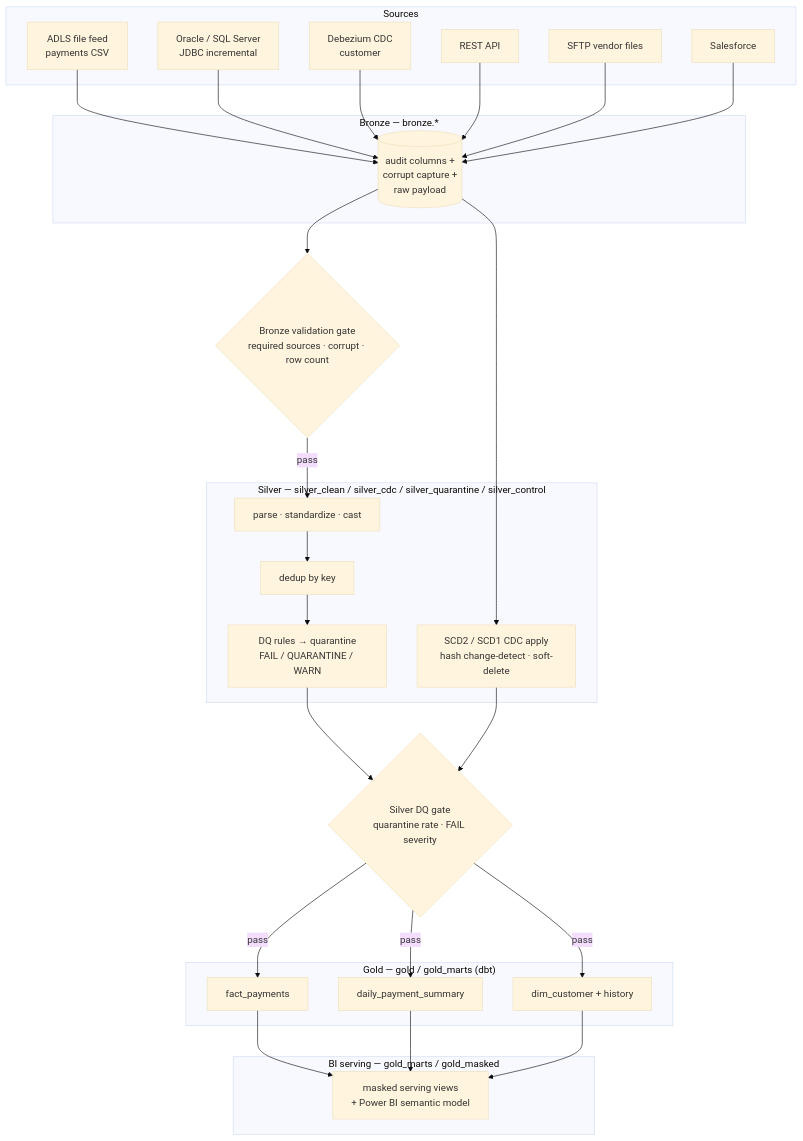
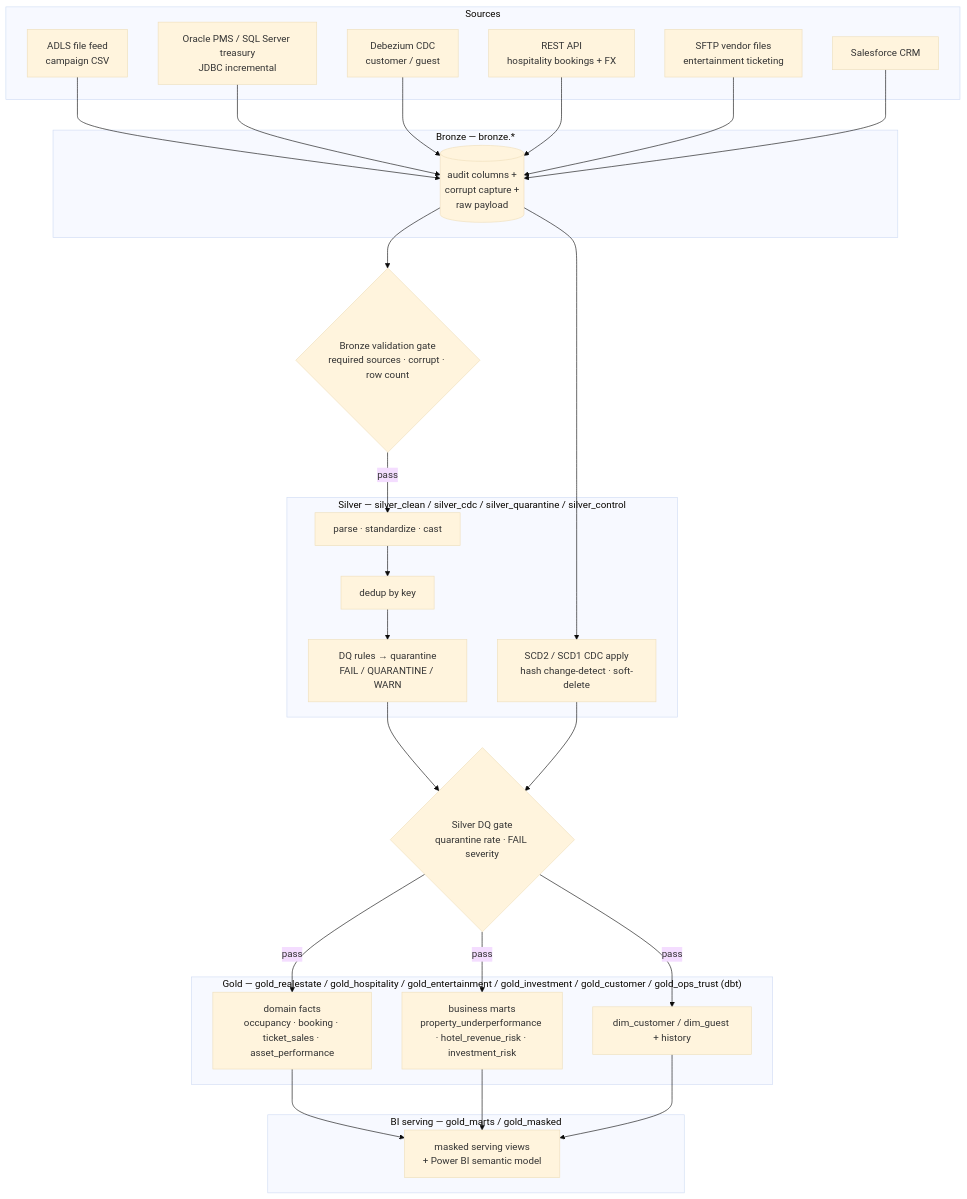
One commit to santnair0599/investsphere-payments changed the first of 5 diagrams in docs/ARCHITECTURE.md. Above: the diagram before and after it, drawn with Mermaid (base theme). The commit also changed other lines of this file and 35 other files, not shown here.

````diff
--- a/docs/ARCHITECTURE.md
+++ b/docs/ARCHITECTURE.md
@@ -20,51 +27,51 @@
 ```mermaid
 flowchart TD
   subgraph Sources
-    F[ADLS file feed<br/>payments CSV]
-    J[Oracle / SQL Server<br/>JDBC incremental]
-    C[Debezium CDC<br/>customer]
-    R[REST API]
-    SP[SFTP vendor files]
-    SF[Salesforce]
+    F[ADLS file feed<br/>campaign CSV]
+    J[Oracle PMS / SQL Server treasury<br/>JDBC incremental]
+    C[Debezium CDC<br/>customer / guest]
+    R[REST API<br/>hospitality bookings + FX]
+    SP[SFTP vendor files<br/>entertainment ticketing]
+    SF[Salesforce CRM]
   end
 
   subgraph Bronze["Bronze — bronze.*"]
     B[(audit columns +<br/>corrupt capture +<br/>raw payload)]
   end
 
   GATE1{Bronze validation gate<br/>required sources · corrupt · row count}
 
   subgraph Silver["Silver — silver_clean / silver_cdc / silver_quarantine / silver_control"]
     SP1[parse · standardize · cast]
     SP2[dedup by key]
     SP3[DQ rules → quarantine<br/>FAIL / QUARANTINE / WARN]
     SP4[SCD2 / SCD1 CDC apply<br/>hash change-detect · soft-delete]
   end
 
   GATE2{Silver DQ gate<br/>quarantine rate · FAIL severity}
 
-  subgraph Gold["Gold — gold / gold_marts (dbt)"]
-    G1[dim_customer + history]
-    G2[fact_payments]
-    G3[daily_payment_summary]
+  subgraph Gold["Gold — gold_realestate / gold_hospitality / gold_entertainment / gold_investment / gold_customer / gold_ops_trust (dbt)"]
+    G1[dim_customer / dim_guest + history]
+    G2[domain facts<br/>occupancy · booking · ticket_sales · asset_performance]
+    G3[business marts<br/>property_underperformance · hotel_revenue_risk · investment_risk]
   end
 
   subgraph Serving["BI serving — gold_marts / gold_masked"]
     V[masked serving views<br/>+ Power BI semantic model]
   end
 
   F --> B
   J --> B
   C --> B
   R --> B
   SP --> B
   SF --> B
   B --> GATE1 -->|pass| SP1 --> SP2 --> SP3
   B --> SP4
   SP3 --> GATE2
   SP4 --> GATE2
   GATE2 -->|pass| G1 & G2 & G3
   G2 --> V
   G3 --> V
   G1 --> V
 ```
````
